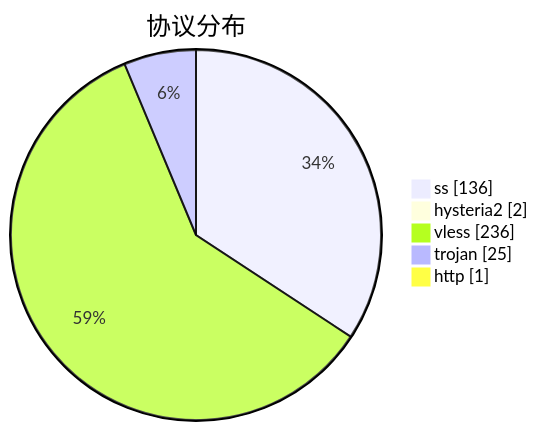
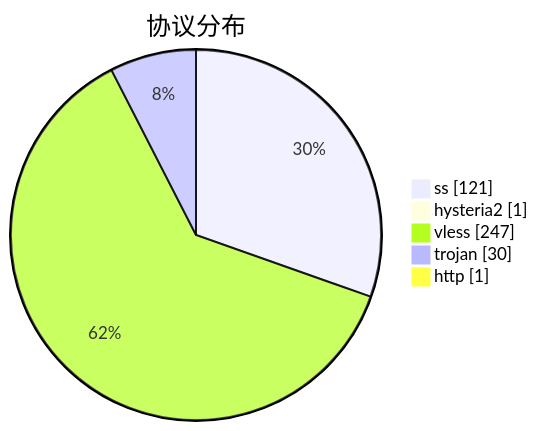
The third of 3 diagrams in subs/statistics/tested_within.md (qjlxg/airport), drawn with Mermaid before and after one commit. The commit also changed other lines of this file and 2 other files, not shown here.

````diff
--- a/subs/statistics/tested_within.md
+++ b/subs/statistics/tested_within.md
@@ -18,9 +18,9 @@
 ```mermaid
 pie showData
 title 协议分布
-"ss" : 136
-"hysteria2" : 2
-"vless" : 236
-"trojan" : 25
+"ss" : 121
+"hysteria2" : 1
+"vless" : 247
+"trojan" : 30
 "http" : 1
 ```
````
